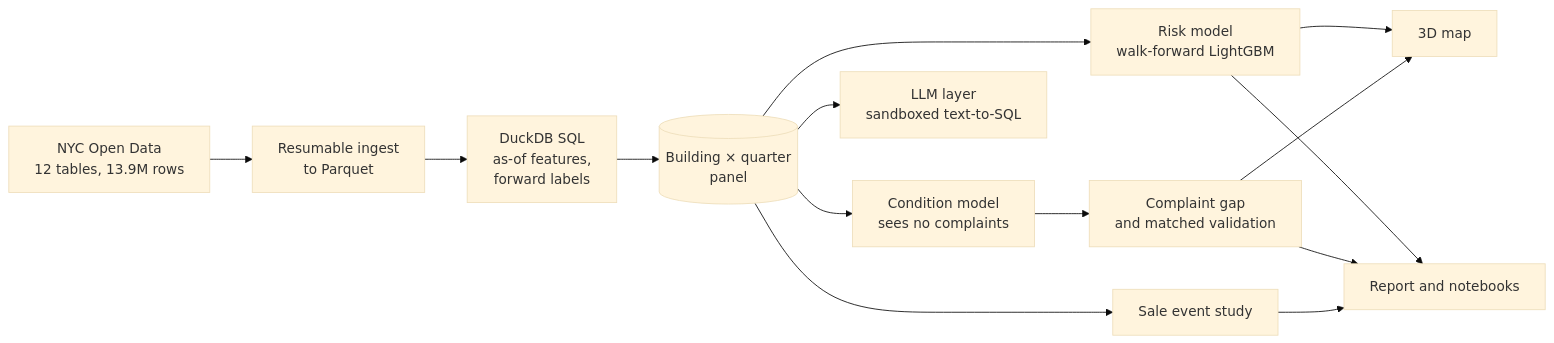
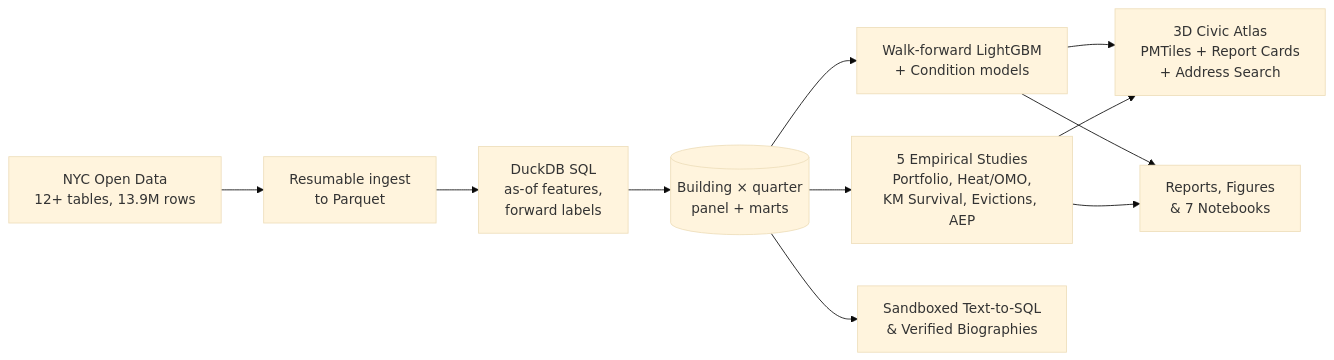
Before and after one commit to moizfakhri/Silent-Buildings: the diagram in README.md, drawn with Mermaid (base theme). The commit also changed other lines of this file and 24 other files, not shown here.

Commit message:
Update README, report, map docs, notebooks, and clean up obsolete scratch docs and screenshots

````diff
--- a/README.md
+++ b/README.md
@@ -73,13 +92,11 @@
 ```mermaid
 flowchart LR
-    A["NYC Open Data<br/>12 tables, 13.9M rows"] --> B["Resumable ingest<br/>to Parquet"]
+    A["NYC Open Data<br/>12+ tables, 13.9M rows"] --> B["Resumable ingest<br/>to Parquet"]
     B --> C["DuckDB SQL<br/>as-of features,<br/>forward labels"]
-    C --> D[("Building × quarter<br/>panel")]
-    D --> E["Risk model<br/>walk-forward LightGBM"]
-    D --> F["Condition model<br/>sees no complaints"]
-    F --> G["Complaint gap<br/>and matched validation"]
-    D --> H["Sale event study"]
-    E & G --> I["3D map"]
-    E & G & H --> J["Report and notebooks"]
-    D --> K["LLM layer<br/>sandboxed text-to-SQL"]
+    C --> D[("Building × quarter<br/>panel + marts")]
+    D --> E["Walk-forward LightGBM<br/>+ Condition models"]
+    D --> F["5 Empirical Studies<br/>Portfolio, Heat/OMO,<br/>KM Survival, Evictions, AEP"]
+    E & F --> G["3D Civic Atlas<br/>PMTiles + Report Cards<br/>+ Address Search"]
+    E & F --> H["Reports, Figures<br/>& 7 Notebooks"]
+    D --> I["Sandboxed Text-to-SQL<br/>& Verified Biographies"]
 ```
````
